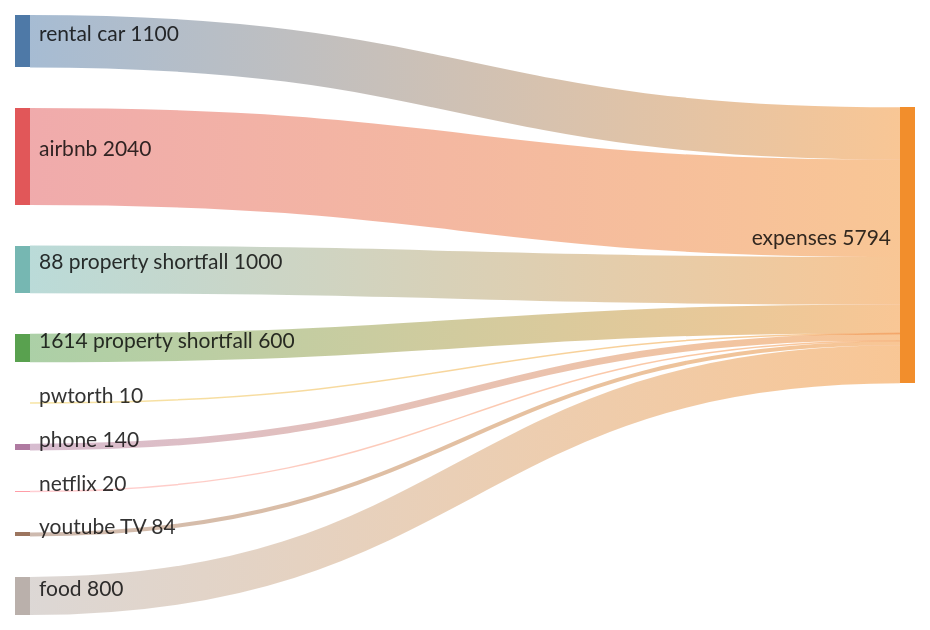
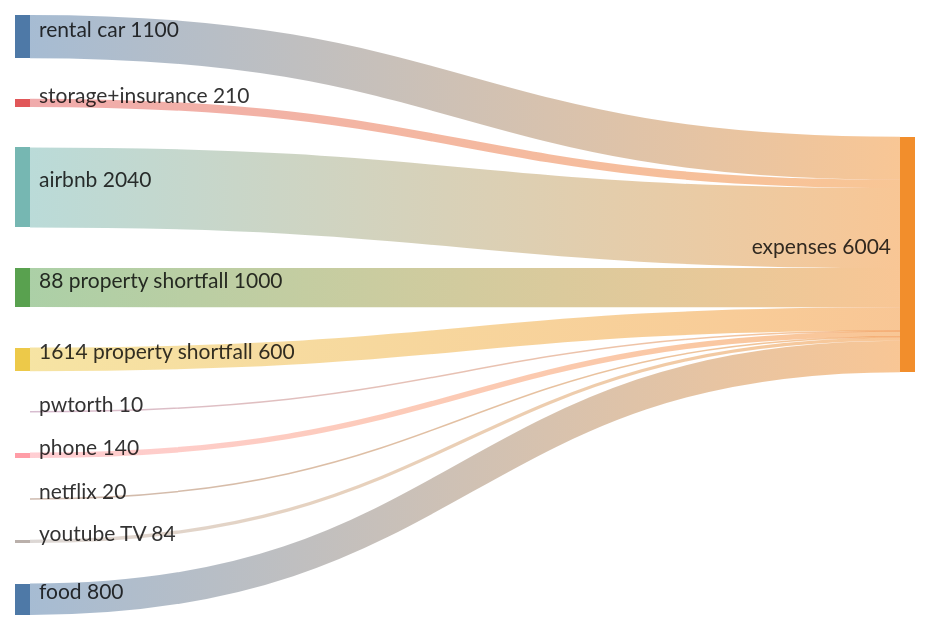
Before and after one commit to sarnobat/mermaid: the first of 6 diagrams in README.md, drawn with Mermaid.

````diff
--- a/README.md
+++ b/README.md
@@ -5,18 +5,19 @@
 ```mermaid
 ---
 config:
   sankey:
     showValues: true
 ---
 sankey-beta
 rental car,expenses,1100
+storage+insurance,expenses,210
 airbnb,expenses,2040
 88 property shortfall,expenses,1000
 1614 property shortfall,expenses,600
 pwtorth,expenses,10
 phone,expenses,140
 netflix,expenses,20
 youtube TV,expenses,84
 food,expenses,800
 
 ```
````
